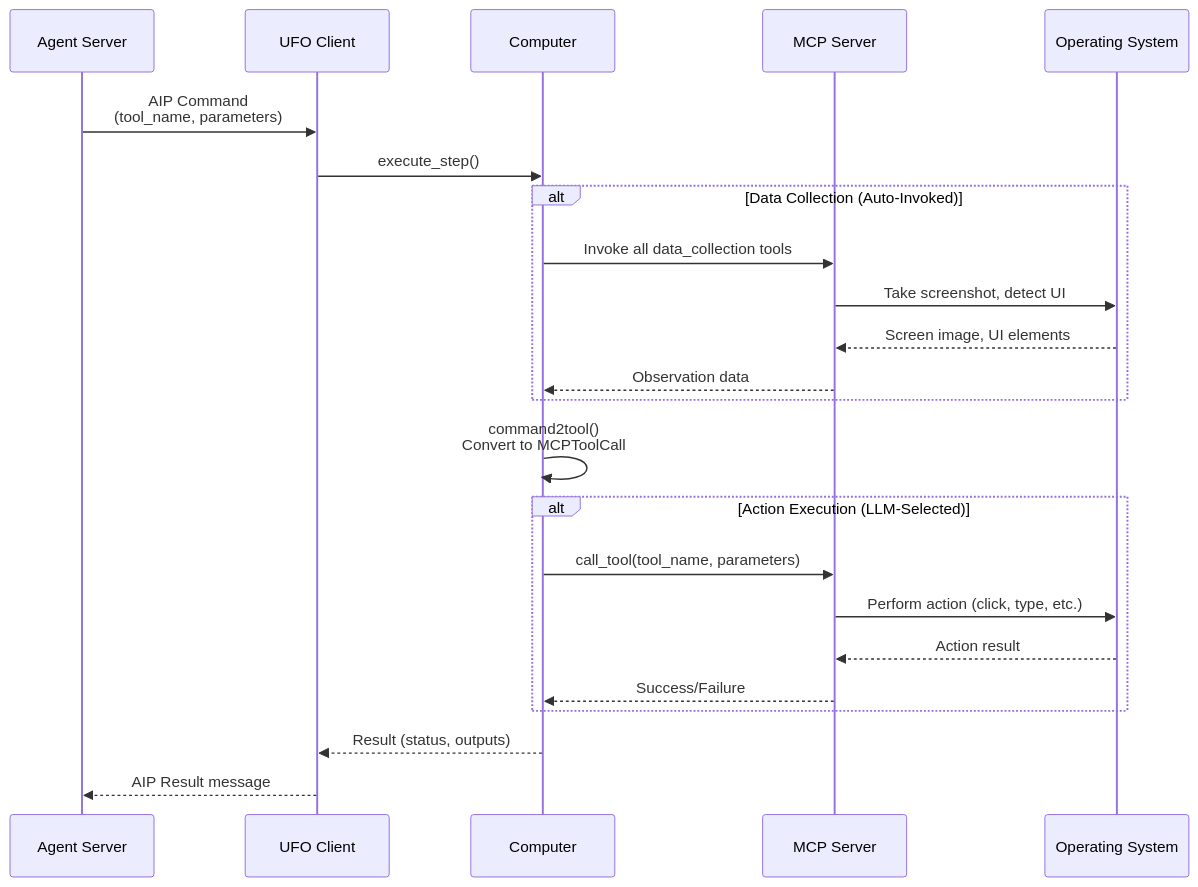
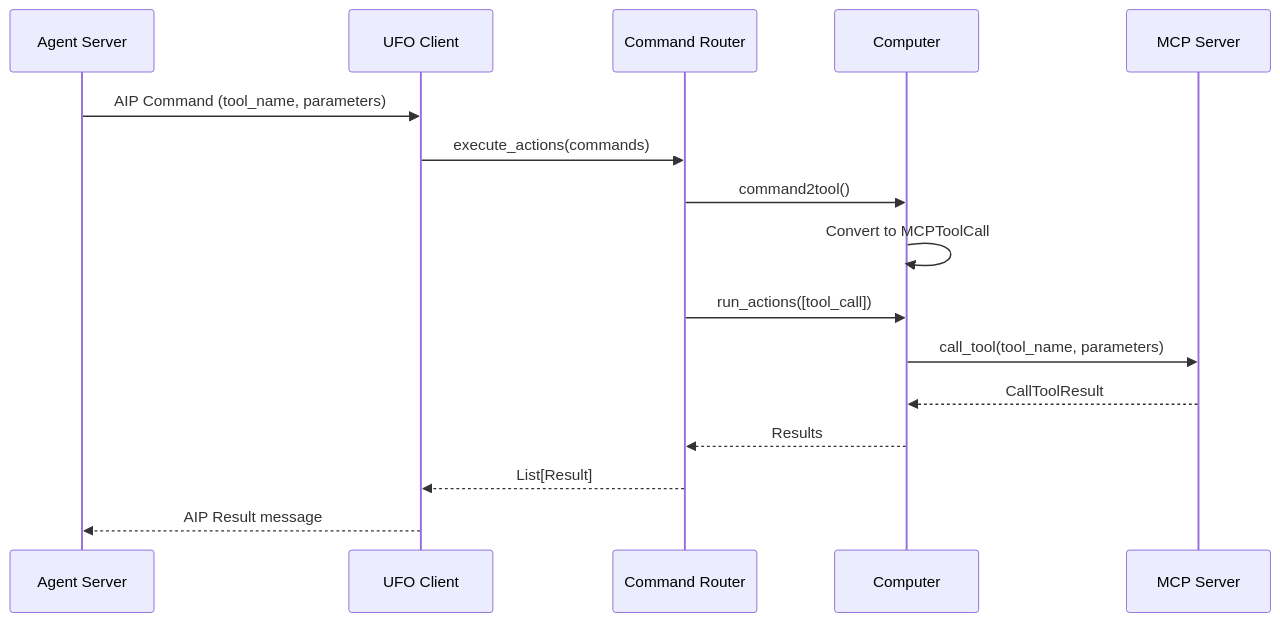
Before and after one commit to microsoft/UFO: the second of 2 diagrams in documents/docs/client/mcp_integration.md, drawn with Mermaid. The commit also changed other lines of this file and 7 other files, not shown here.

````diff
--- a/documents/docs/client/mcp_integration.md
+++ b/documents/docs/client/mcp_integration.md
@@ -67,30 +59,19 @@
 ```mermaid
 sequenceDiagram
     participant Server as Agent Server
     participant Client as UFO Client
+    participant Router as Command Router
     participant Computer as Computer
     participant MCP as MCP Server
-    participant OS as Operating System
     
-    Server->>Client: AIP Command<br/>(tool_name, parameters)
-    Client->>Computer: execute_step()
-    
-    alt Data Collection (Auto-Invoked)
-        Computer->>MCP: Invoke all data_collection tools
-        MCP->>OS: Take screenshot, detect UI
-        OS-->>MCP: Screen image, UI elements
-        MCP-->>Computer: Observation data
-    end
-    
-    Computer->>Computer: command2tool()<br/>Convert to MCPToolCall
-    
-    alt Action Execution (LLM-Selected)
-        Computer->>MCP: call_tool(tool_name, parameters)
-        MCP->>OS: Perform action (click, type, etc.)
-        OS-->>MCP: Action result
-        MCP-->>Computer: Success/Failure
-    end
-    
-    Computer-->>Client: Result (status, outputs)
+    Server->>Client: AIP Command (tool_name, parameters)
+    Client->>Router: execute_actions(commands)
+    Router->>Computer: command2tool()
+    Computer->>Computer: Convert to MCPToolCall
+    Router->>Computer: run_actions([tool_call])
+    Computer->>MCP: call_tool(tool_name, parameters)
+    MCP-->>Computer: CallToolResult
+    Computer-->>Router: Results
+    Router-->>Client: List[Result]
     Client-->>Server: AIP Result message
 ```
````
